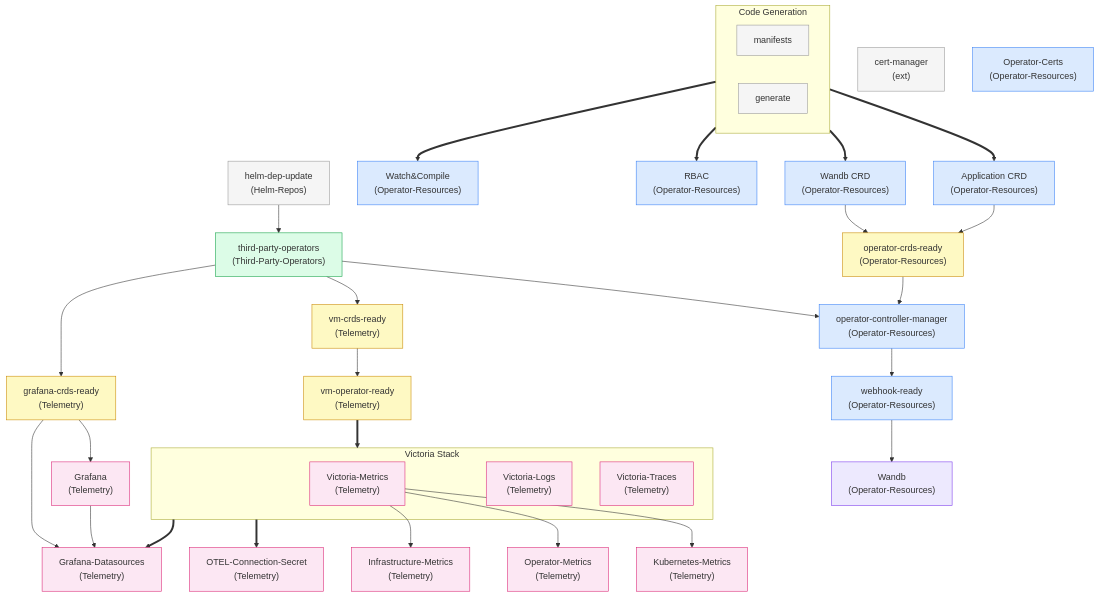
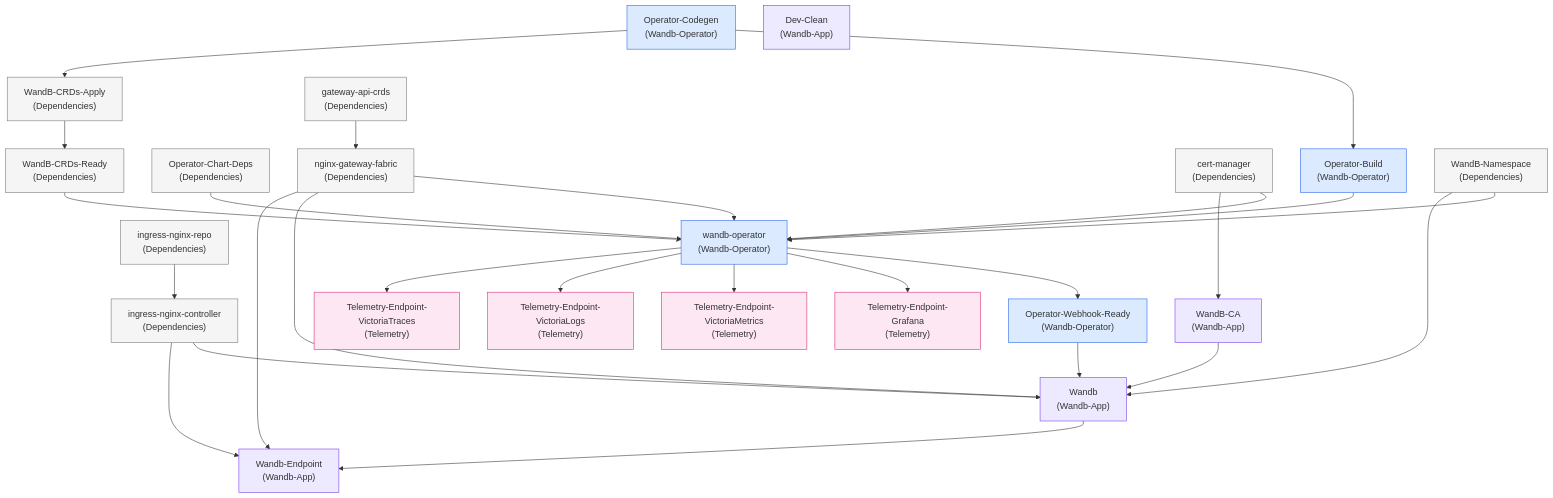
One commit to wandb/operator changed the diagram in docs/design/wandb_v2/tilt.md. Above: the diagram before and after it, drawn with Mermaid. The commit also changed other lines of this file and 9 other files, not shown here.

````diff
--- a/docs/design/wandb_v2/tilt.md
+++ b/docs/design/wandb_v2/tilt.md
@@ -67,93 +22,69 @@
 ```mermaid
 graph TD
-    %% ── Bootstrapping ──────────────────────────────────────────────
-    cert_manager["cert-manager\n(ext)"]
-    helm_dep_update["helm-dep-update\n(Helm-Repos)"]
+    %% Bootstrap and dependencies
+    operator_codegen["Operator-Codegen\n(Wandb-Operator)"]
+    operator_build["Operator-Build\n(Wandb-Operator)"]
+    operator_chart_deps["Operator-Chart-Deps\n(Dependencies)"]
+    wandb_crds_apply["WandB-CRDs-Apply\n(Dependencies)"]
+    wandb_crds_ready["WandB-CRDs-Ready\n(Dependencies)"]
+    cert_manager["cert-manager\n(Dependencies)"]
+    gateway_api_crds["gateway-api-crds\n(Dependencies)"]
+    nginx_gateway_fabric["nginx-gateway-fabric\n(Dependencies)"]
+    ingress_nginx_repo["ingress-nginx-repo\n(Dependencies)"]
+    ingress_nginx_controller["ingress-nginx-controller\n(Dependencies)"]
+    wandb_namespace["WandB-Namespace\n(Dependencies)"]
 
-    subgraph codegen["Code Generation"]
-        manifests["manifests"]
-        generate["generate"]
-    end
+    operator_codegen --> operator_build
+    operator_codegen --> wandb_crds_apply
+    wandb_crds_apply --> wandb_crds_ready
+    gateway_api_crds --> nginx_gateway_fabric
+    ingress_nginx_repo --> ingress_nginx_controller
 
-    %% ── Third-Party Operators ──────────────────────────────────────
-    third_party["third-party-operators\n(Third-Party-Operators)"]
-    helm_dep_update --> third_party
+    %% Operator install
+    wandb_operator["wandb-operator\n(Wandb-Operator)"]
+    operator_chart_deps --> wandb_operator
+    operator_build --> wandb_operator
+    wandb_crds_ready --> wandb_operator
+    cert_manager --> wandb_operator
+    nginx_gateway_fabric --> wandb_operator
+    wandb_namespace --> wandb_operator
 
-    %% ── Operator CRDs & RBAC ───────────────────────────────────────
-    app_crd["Application CRD\n(Operator-Resources)"]
-    wandb_crd["Wandb CRD\n(Operator-Resources)"]
-    rbac["RBAC\n(Operator-Resources)"]
-    operator_certs["Operator-Certs\n(Operator-Resources)"]
-    codegen ==> app_crd
-    codegen ==> wandb_crd
-    codegen ==> rbac
+    %% Webhook and W&B CR
+    operator_webhook_ready["Operator-Webhook-Ready\n(Wandb-Operator)"]
+    wandb_ca["WandB-CA\n(Wandb-App)"]
+    wandb["Wandb\n(Wandb-App)"]
+    wandb_endpoint["Wandb-Endpoint\n(Wandb-App)"]
+    dev_clean["Dev-Clean\n(Wandb-App)"]
 
-    %% ── CRD Readiness Gate ─────────────────────────────────────────
-    crds_ready["operator-crds-ready\n(Operator-Resources)"]
-    app_crd   --> crds_ready
-    wandb_crd --> crds_ready
+    wandb_operator --> operator_webhook_ready
+    cert_manager --> wandb_ca
+    operator_webhook_ready --> wandb
+    wandb_namespace --> wandb
+    wandb_ca --> wandb
+    nginx_gateway_fabric --> wandb
+    ingress_nginx_controller --> wandb
+    wandb --> wandb_endpoint
+    nginx_gateway_fabric --> wandb_endpoint
+    ingress_nginx_controller --> wandb_endpoint
 
-    %% ── Operator Controller ────────────────────────────────────────
-    watch_compile["Watch&Compile\n(Operator-Resources)"]
-    controller["operator-controller-manager\n(Operator-Resources)"]
-    codegen     ==> watch_compile
-    crds_ready  --> controller
-    third_party --> controller
+    %% Telemetry endpoint port-forwards
+    telemetry_grafana["Telemetry-Endpoint-Grafana\n(Telemetry)"]
+    telemetry_metrics["Telemetry-Endpoint-VictoriaMetrics\n(Telemetry)"]
+    telemetry_logs["Telemetry-Endpoint-VictoriaLogs\n(Telemetry)"]
+    telemetry_traces["Telemetry-Endpoint-VictoriaTraces\n(Telemetry)"]
 
-    %% ── Webhook Readiness ──────────────────────────────────────────
-    webhook_ready["webhook-ready\n(Operator-Resources)"]
-    controller --> webhook_ready
+    wandb_operator --> telemetry_grafana
+    wandb_operator --> telemetry_metrics
+    wandb_operator --> telemetry_logs
+    wandb_operator --> telemetry_traces
 
-    %% ── Wandb CR (installWandb) ────────────────────────────────────
-    wandb["Wandb\n(Operator-Resources)"]
-    webhook_ready --> wandb
+    classDef dependencies fill:#f5f5f5,stroke:#777
+    classDef operator fill:#dbeafe,stroke:#2563eb
+    classDef wandb fill:#ede9fe,stroke:#7c3aed
+    classDef telemetry fill:#fce7f3,stroke:#db2777
 
-    %% ── Telemetry: CRD & Operator Gates ───────────────────────────
-    vm_crds["vm-crds-ready\n(Telemetry)"]
-    grafana_crds["grafana-crds-ready\n(Telemetry)"]
-    vm_operator["vm-operator-ready\n(Telemetry)"]
-    third_party --> vm_crds
-    third_party --> grafana_crds
-    vm_crds     --> vm_operator
-
-    %% ── Victoria Stack ─────────────────────────────────────────────
-    subgraph victoria_stack["Victoria Stack"]
-        victoria_metrics["Victoria-Metrics\n(Telemetry)"]
-        victoria_logs["Victoria-Logs\n(Telemetry)"]
-        victoria_traces["Victoria-Traces\n(Telemetry)"]
-    end
-    vm_operator ==> victoria_stack
-
-    %% ── Telemetry Dependents ───────────────────────────────────────
-    otel["OTEL-Connection-Secret\n(Telemetry)"]
-    kube_metrics["Kubernetes-Metrics\n(Telemetry)"]
-    op_metrics["Operator-Metrics\n(Telemetry)"]
-    infra_metrics["Infrastructure-Metrics\n(Telemetry)"]
-    victoria_stack   ==> otel
-    victoria_metrics --> kube_metrics
-    victoria_metrics --> op_metrics
-    victoria_metrics --> infra_metrics
-
-    %% ── Grafana Stack ──────────────────────────────────────────────
-    grafana["Grafana\n(Telemetry)"]
-    grafana_ds["Grafana-Datasources\n(Telemetry)"]
-    grafana_crds   --> grafana
-    grafana_crds   --> grafana_ds
-    grafana        --> grafana_ds
-    victoria_stack ==> grafana_ds
-
-    %% ── Styles ─────────────────────────────────────────────────────
-    classDef bootstrap  fill:#f5f5f5,stroke:#999
-    classDef operator   fill:#dbeafe,stroke:#3b82f6
-    classDef thirdparty fill:#dcfce7,stroke:#16a34a
-    classDef gate       fill:#fef9c3,stroke:#ca8a04
-    classDef telemetry  fill:#fce7f3,stroke:#db2777
-    classDef wandb      fill:#ede9fe,stroke:#7c3aed
-
-    class manifests,generate,cert_manager,helm_dep_update bootstrap
-    class app_crd,wandb_crd,rbac,operator_certs,watch_compile,controller,webhook_ready operator
-    class third_party thirdparty
-    class crds_ready,vm_crds,grafana_crds,vm_operator gate
-    class victoria_metrics,victoria_logs,victoria_traces,otel,kube_metrics,op_metrics,infra_metrics,grafana,grafana_ds telemetry
-    class wandb wandb
+    class operator_chart_deps,wandb_crds_apply,wandb_crds_ready,cert_manager,gateway_api_crds,nginx_gateway_fabric,ingress_nginx_repo,ingress_nginx_controller,wandb_namespace dependencies
+    class operator_codegen,operator_build,wandb_operator,operator_webhook_ready operator
+    class wandb_ca,wandb,wandb_endpoint,dev_clean wandb
+    class telemetry_grafana,telemetry_metrics,telemetry_logs,telemetry_traces telemetry
 ```
````
